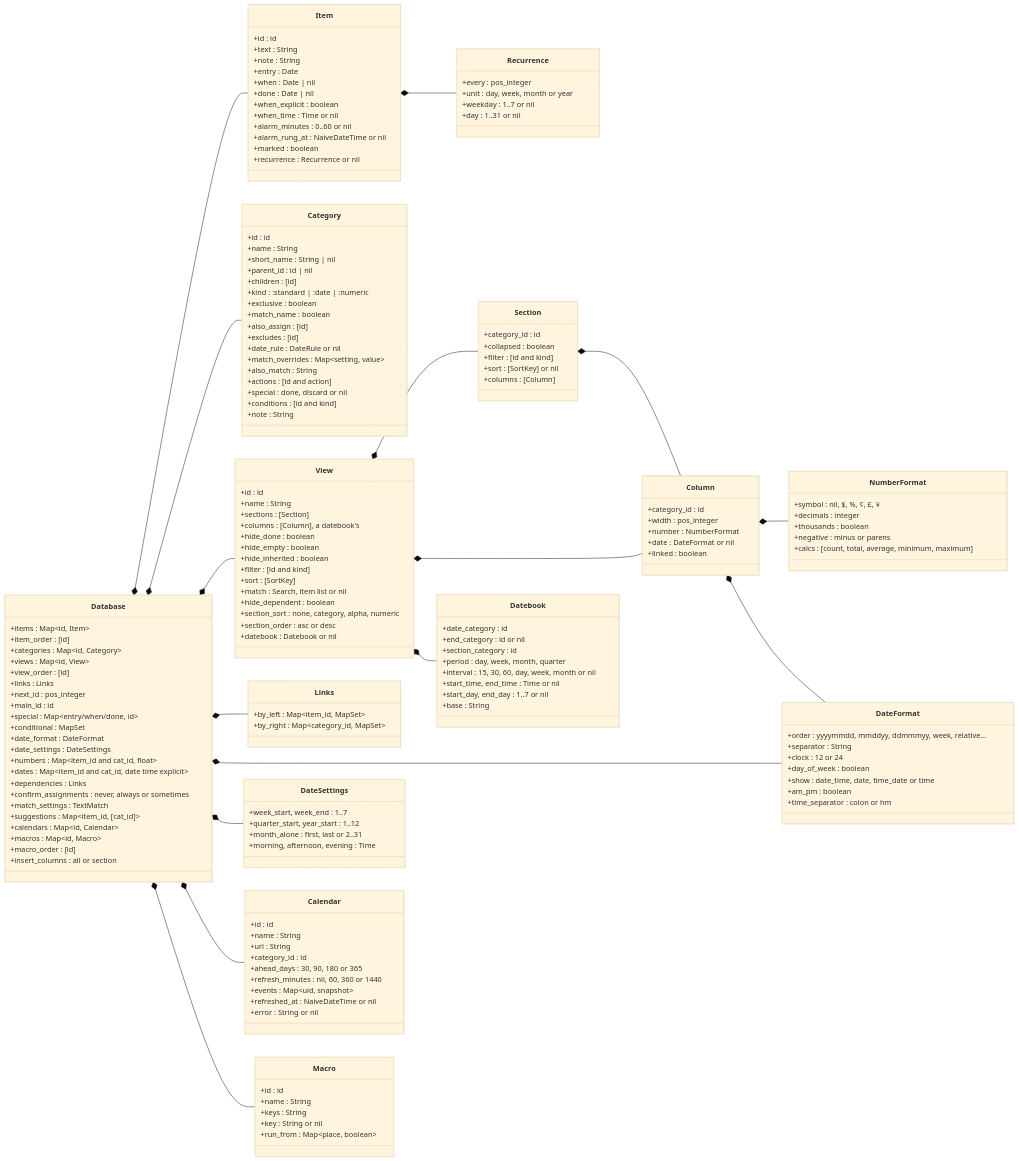
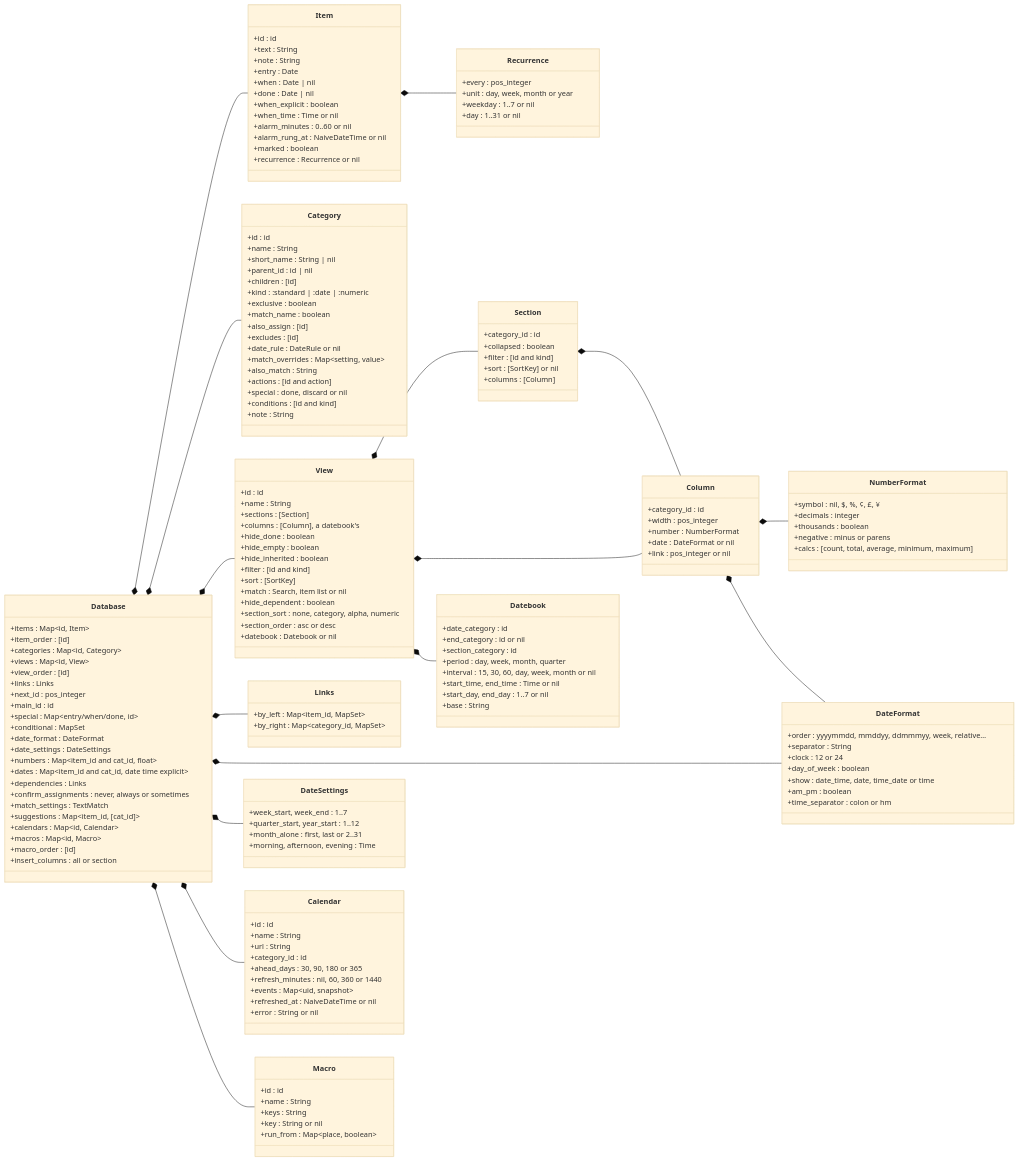
Before and after one commit to jamting/agendum: the second of 6 diagrams in docs/DATA_MODEL.md, drawn with Mermaid (base theme). The commit also changed other lines of this file and 14 other files, not shown here.

```diff
--- a/docs/DATA_MODEL.md
+++ b/docs/DATA_MODEL.md
@@ -258,7 +258,7 @@
         +width : pos_integer
         +number : NumberFormat
         +date : DateFormat or nil
-        +linked : boolean
+        +link : pos_integer or nil
     }
     class NumberFormat {
         +symbol : nil, $, %, ¢, £, ¥
```
